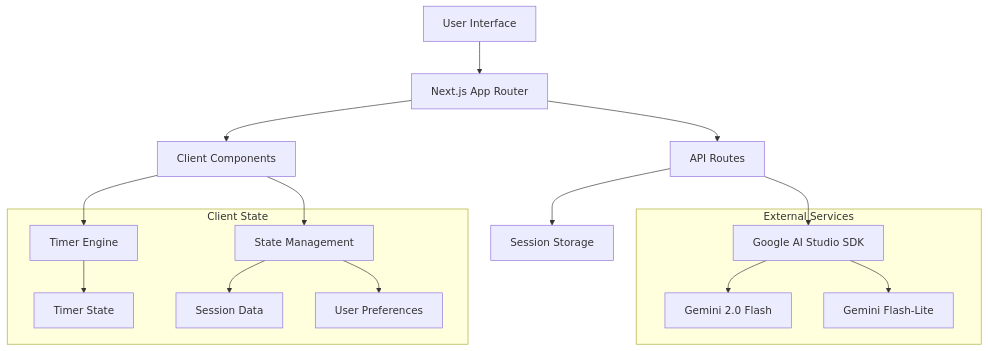
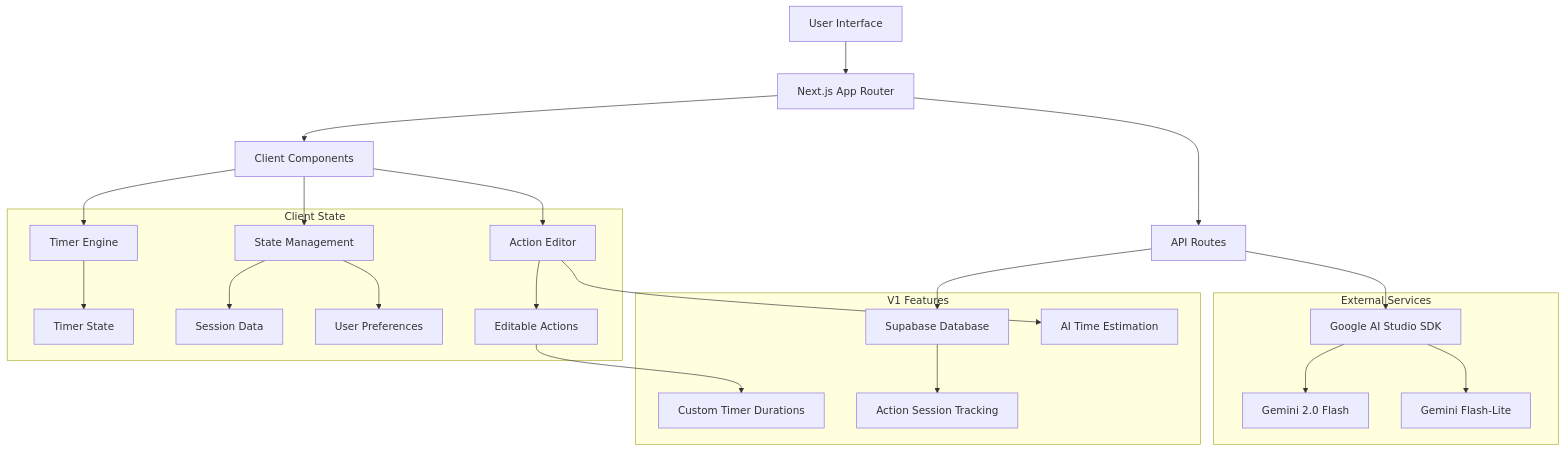
Before and after one commit to mikaelaldy/firefly: the diagram in .kiro/specs/firefly-adhd-focus-app/design.md, drawn with Mermaid. The commit also changed other lines of this file and 49 other files, not shown here.

````diff
--- a/.kiro/specs/firefly-adhd-focus-app/design.md
+++ b/.kiro/specs/firefly-adhd-focus-app/design.md
@@ -22,21 +22,29 @@
 ```mermaid
 graph TB
     A[User Interface] --> B[Next.js App Router]
     B --> C[API Routes]
     C --> D[Google AI Studio SDK]
-    C --> E[Session Storage]
+    C --> E[Supabase Database]
     B --> F[Client Components]
     F --> G[Timer Engine]
     F --> H[State Management]
+    F --> N[Action Editor]
     
     subgraph "External Services"
         D --> I[Gemini 2.0 Flash]
         D --> J[Gemini Flash-Lite]
     end
     
     subgraph "Client State"
         G --> K[Timer State]
         H --> L[Session Data]
         H --> M[User Preferences]
+        N --> O[Editable Actions]
+    end
+    
+    subgraph "V1 Features"
+        N --> P[AI Time Estimation]
+        O --> Q[Custom Timer Durations]
+        E --> R[Action Session Tracking]
     end
 ```
````
